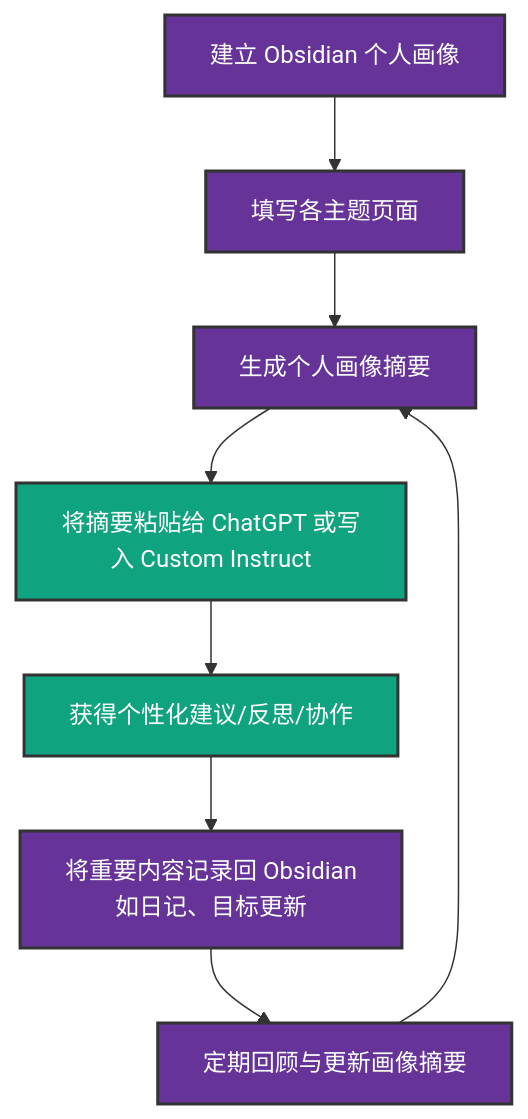
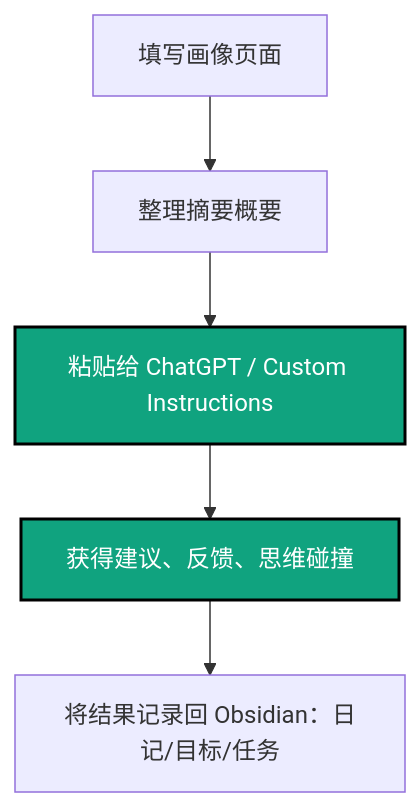
The second of 3 diagrams in README.md (lolipopai/ai-powered-second-brain-cn), drawn with Mermaid before and after one commit. The commit also changed other lines of this file, not shown here.

````diff
--- a/README.md
+++ b/README.md
@@ -88,19 +150,10 @@
 ```mermaid
 flowchart TD
-    A[建立 Obsidian 个人画像] --> B[填写各主题页面]
-    B --> C[生成个人画像摘要]
-    C --> D[将摘要粘贴给 ChatGPT 或写入 Custom Instruct]
-    D --> E[获得个性化建议/反思/协作]
-    E --> F[将重要内容记录回 Obsidian<br/>如日记、目标更新]
-    F --> G[定期回顾与更新画像摘要]
-    G --> C
+    B1[填写画像页面] --> B2[整理摘要概要]
+    B2 --> B3[粘贴给 ChatGPT / Custom Instructions]
+    B3 --> B4[获得建议、反馈、思维碰撞]
+    B4 --> B5[将结果记录回 Obsidian：日记/目标/任务]
 
-    %% 颜色样式定义
-    classDef obsidian fill:#663399,stroke:#333,stroke-width:2px,color:#fff
-    classDef chatgpt fill:#10a37f,stroke:#333,stroke-width:2px,color:#fff
-    classDef general fill:#e1f5fe,stroke:#333,stroke-width:2px,color:#000
-
-    %% 应用颜色
-    class A,B,C,F,G obsidian
-    class D,E chatgpt
+    classDef chatgpt fill:#10a37f,color:#fff,stroke:#000,stroke-width:2px;
+    class B3,B4 chatgpt
 ```
````
